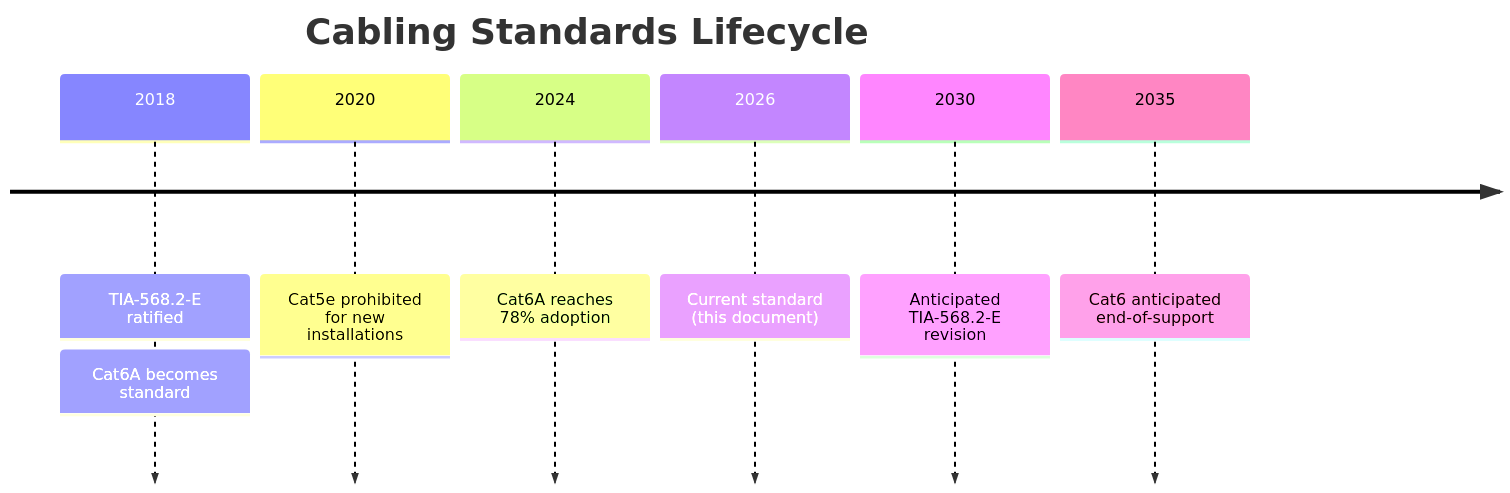
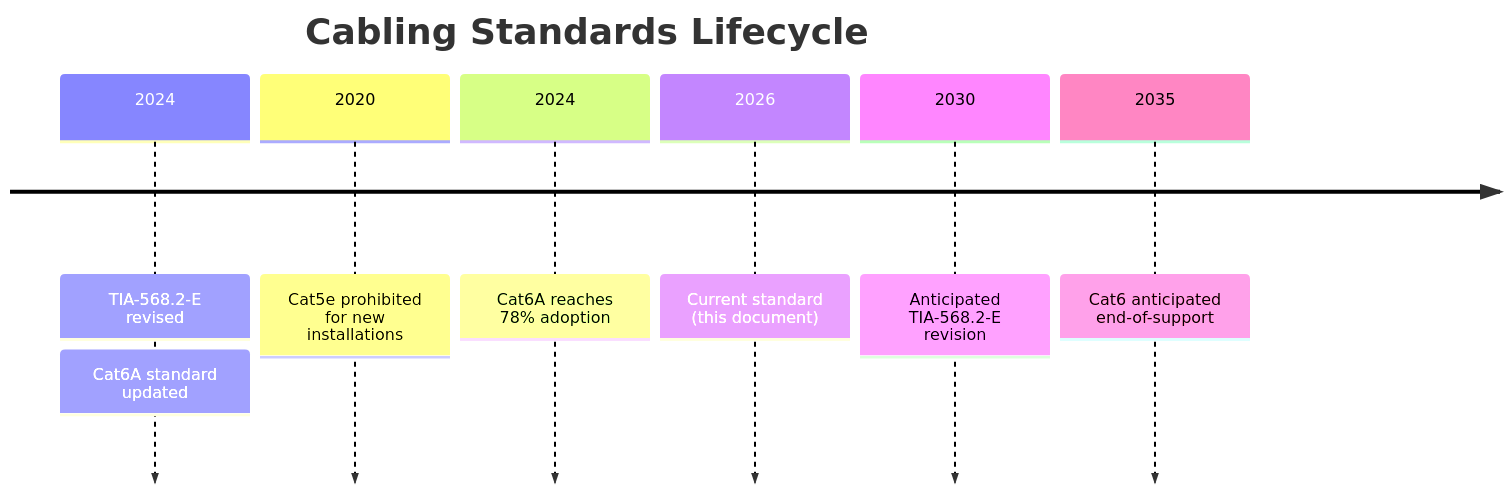
One commit to NewOrleansITI/networkstandards changed the fifth of 5 diagrams in docs/ethernet/cabling-standards.md. Above: the diagram before and after it, drawn with Mermaid. The commit also changed other lines of this file and 19 other files, not shown here.

````diff
--- a/docs/ethernet/cabling-standards.md
+++ b/docs/ethernet/cabling-standards.md
@@ -377,10 +377,10 @@
 ```mermaid
 timeline
     title Cabling Standards Lifecycle
-    2018 : TIA-568.2-E ratified : Cat6A becomes standard
+    2024 : TIA-568.2-E revised : Cat6A standard updated
     2020 : Cat5e prohibited for new installations
     2024 : Cat6A reaches 78% adoption
     2026 : Current standard (this document)
     2030 : Anticipated TIA-568.2-E revision
     2035 : Cat6 anticipated end-of-support
 ```
````
